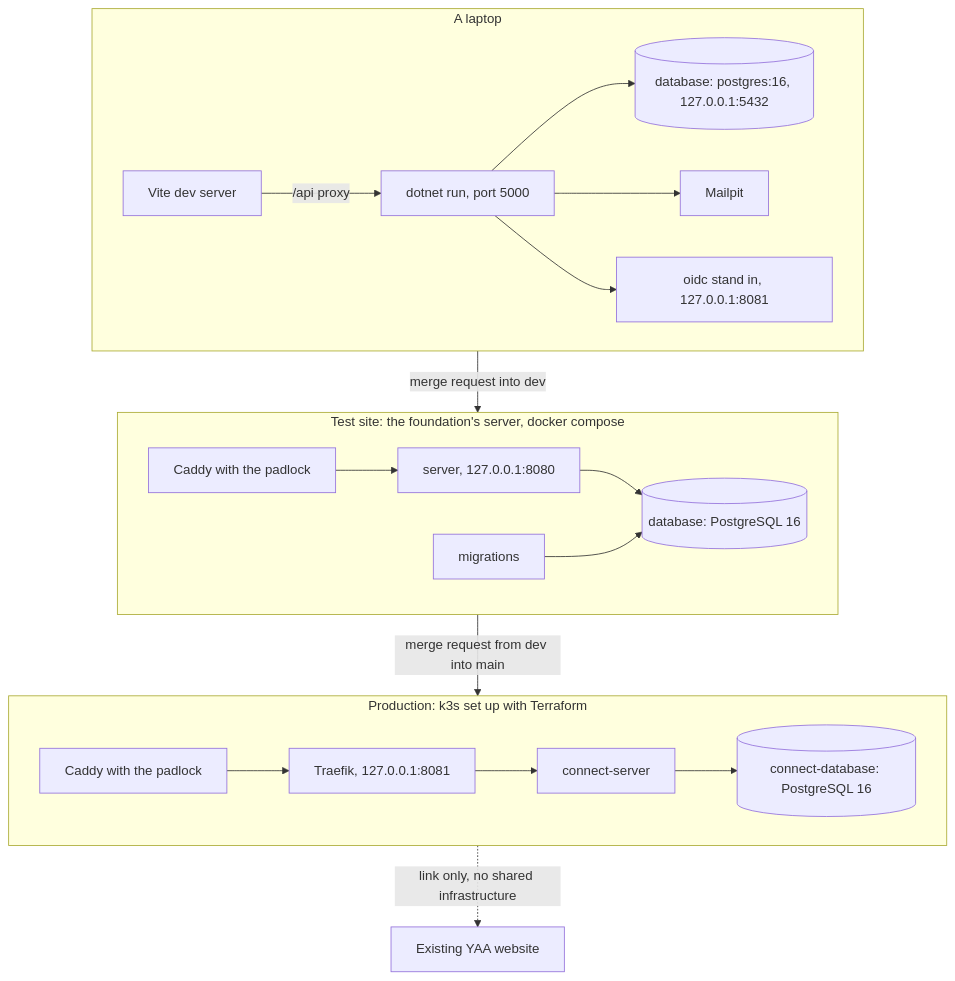
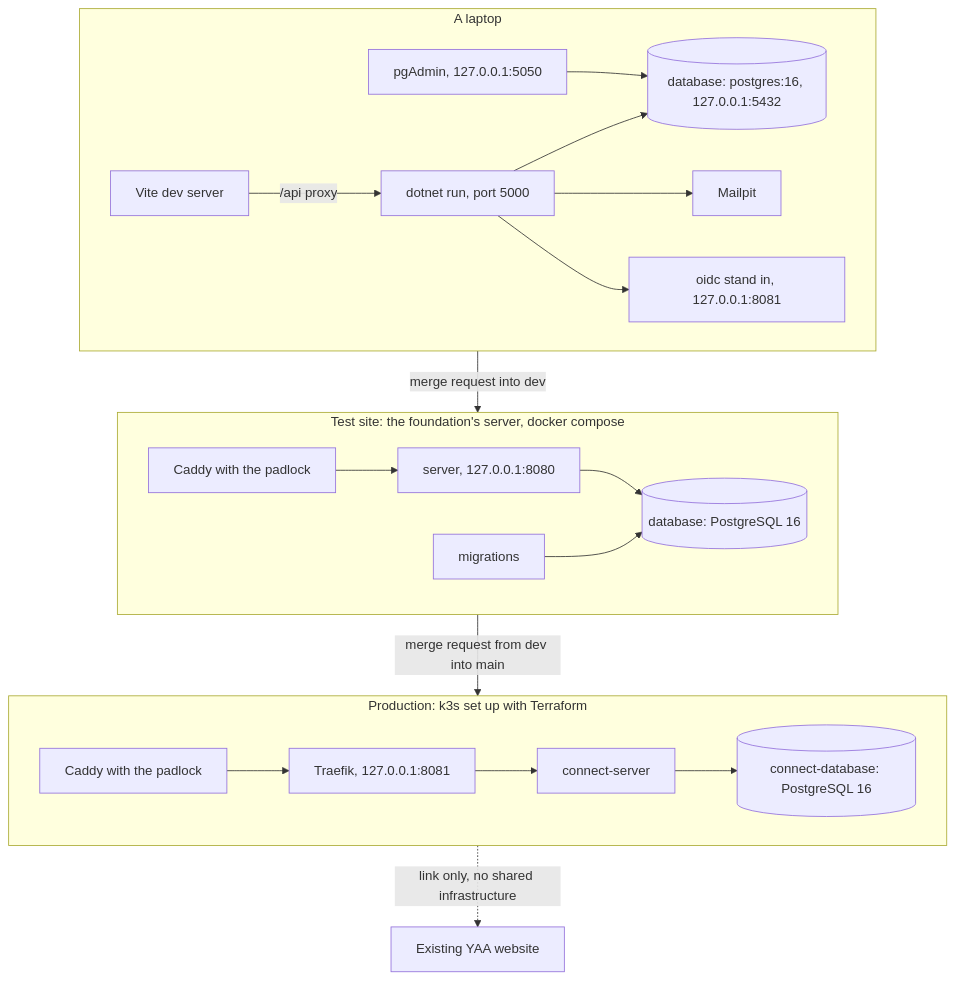
One commit to guruITA/connect-nine changed the first of 4 diagrams in docs/architecture/infrastructure.md. Above: the diagram before and after it, drawn with Mermaid. The commit also changed other lines of this file and 4 other files, not shown here.

````diff
--- a/docs/architecture/infrastructure.md
+++ b/docs/architecture/infrastructure.md
@@ -113,22 +114,23 @@
 ```mermaid
 flowchart TB
     subgraph Laptop["A laptop"]
         LFE["Vite dev server"] -->|"/api proxy"| LBE["dotnet run, port 5000"]
         LBE --> LDB[("database: postgres:16, 127.0.0.1:5432")]
+        LPg["pgAdmin, 127.0.0.1:5050"] --> LDB
         LBE --> LMail["Mailpit"]
         LBE --> LOidc["oidc stand in, 127.0.0.1:8081"]
     end
     subgraph Test["Test site: the foundation's server, docker compose"]
         TCaddy["Caddy with the padlock"] --> TS["server, 127.0.0.1:8080"]
         TS --> TDB[("database: PostgreSQL 16")]
         TMig["migrations"] --> TDB
     end
     subgraph Prod["Production: k3s set up with Terraform"]
         PCaddy["Caddy with the padlock"] --> PTr["Traefik, 127.0.0.1:8081"]
         PTr --> PS["connect-server"]
         PS --> PDB[("connect-database: PostgreSQL 16")]
     end
     Laptop -->|"merge request into dev"| Test
     Test -->|"merge request from dev into main"| Prod
     Prod -.->|"link only, no shared infrastructure"| YAA["Existing YAA website"]
 ```
````
